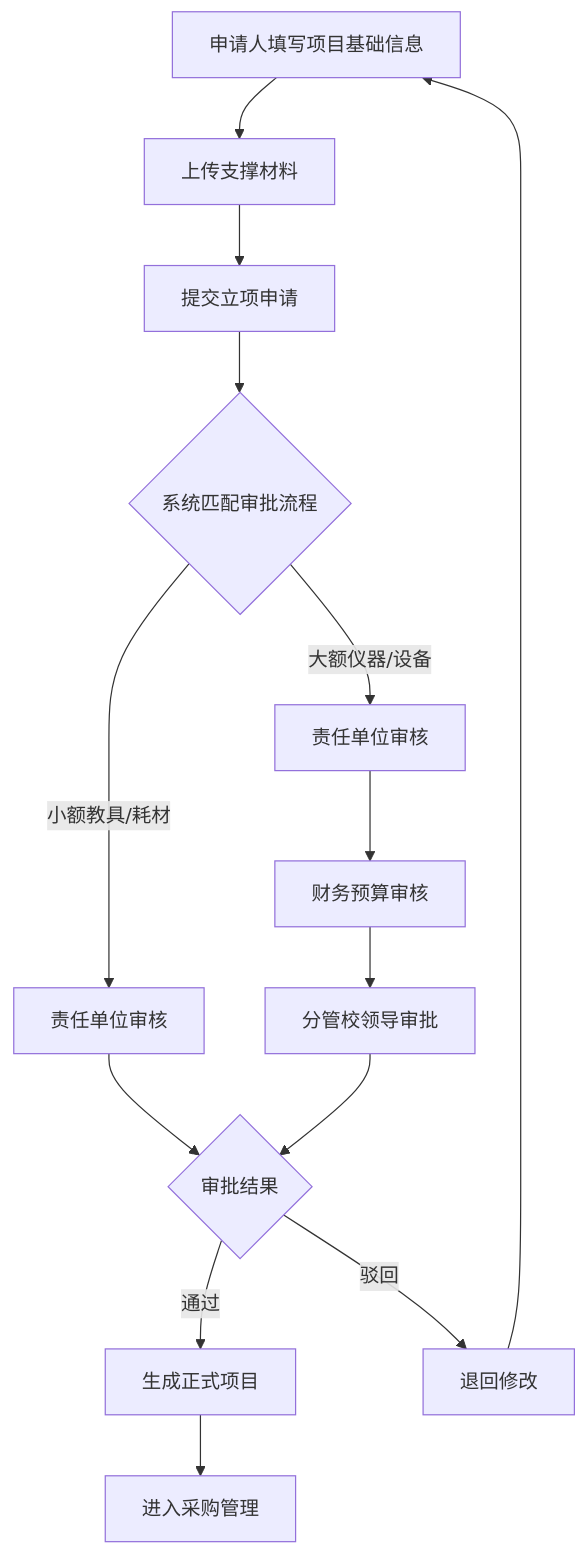
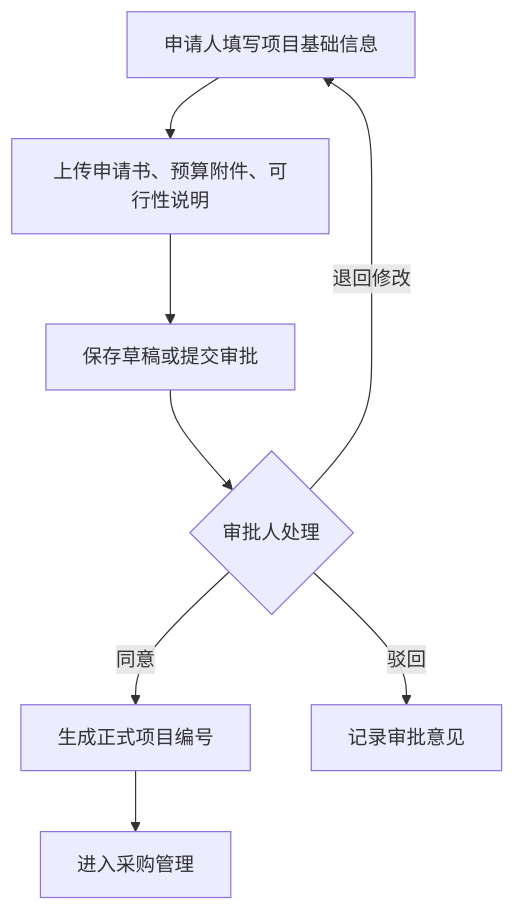
Before and after one commit to Jess-0411/github.io: the second of 7 diagrams in 业务流程与架构图.md, drawn with Mermaid. The commit also changed other lines of this file and 6 other files, not shown here.

````diff
--- a/业务流程与架构图.md
+++ b/业务流程与架构图.md
@@ -25,16 +24,10 @@
 ```mermaid
 flowchart TD
-  A["申请人填写项目基础信息"] --> B["上传支撑材料"]
-  B --> C["提交立项申请"]
-  C --> D{"系统匹配审批流程"}
-  D -->|小额教具/耗材| E["责任单位审核"]
-  D -->|大额仪器/设备| F["责任单位审核"]
-  F --> G["财务预算审核"]
-  G --> H["分管校领导审批"]
-  E --> I{"审批结果"}
-  H --> I
-  I -->|通过| J["生成正式项目"]
-  I -->|驳回| K["退回修改"]
-  K --> A
-  J --> L["进入采购管理"]
+  A["申请人填写项目基础信息"] --> B["上传申请书、预算附件、可行性说明"]
+  B --> C["保存草稿或提交审批"]
+  C --> D{"审批人处理"}
+  D -->|同意| E["生成正式项目编号"]
+  D -->|退回修改| A
+  D -->|驳回| F["记录审批意见"]
+  E --> G["进入采购管理"]
 ```
````
